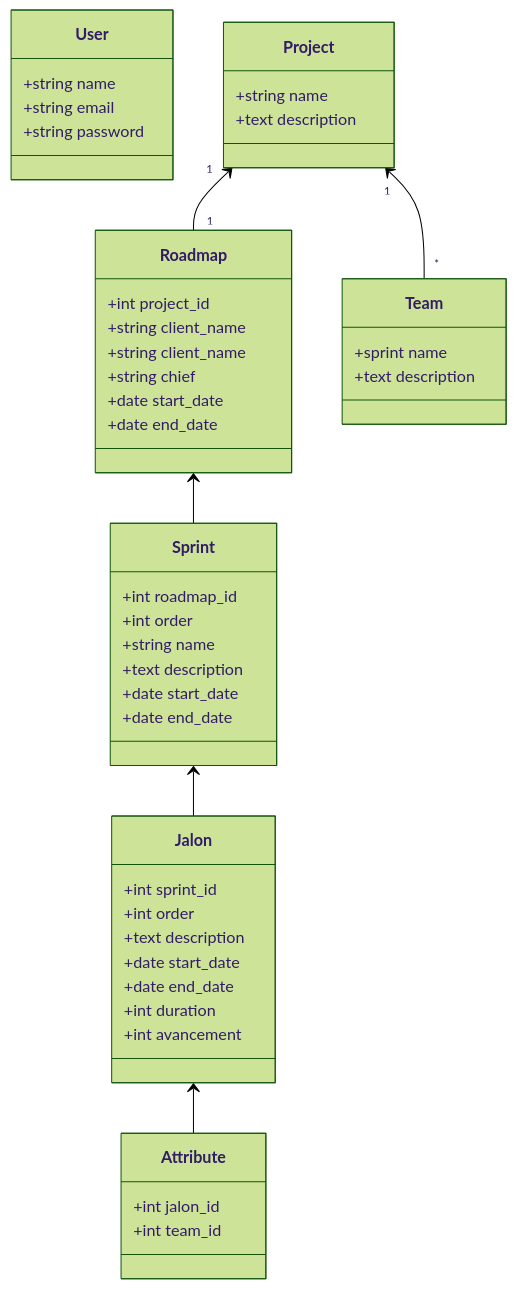
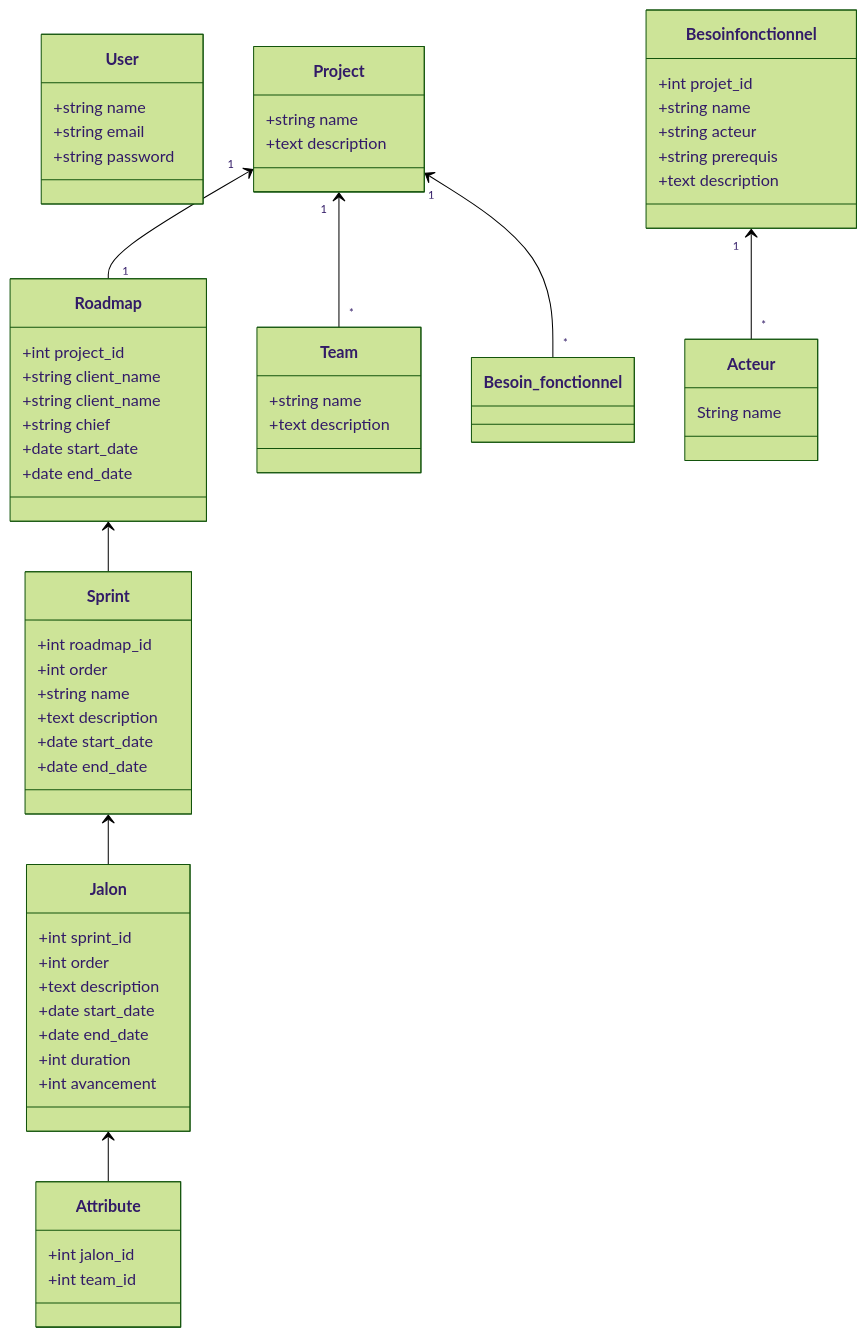
One commit to desmond8500/Devtools changed the diagram in public/docs/class_diagram.md. Above: the diagram before and after it, drawn with Mermaid (forest theme). The commit also changed 6 other files, not shown here.

````diff
--- a/public/docs/class_diagram.md
+++ b/public/docs/class_diagram.md
@@ -3,60 +3,78 @@
 ```mermaid
 classDiagram
 
 class User{
     +string name
     +string email
     +string password
 }
 
 
+
 class Project{
     +string name
     +text description
 }
+
 Project "1" <-- "1" Roadmap
 Project "1" <-- "*" Team
+Project "1" <-- "*" Besoin_fonctionnel
+
+
+class Besoinfonctionnel{
+    +int projet_id
+    +string name
+    +string acteur
+    +string prerequis
+    +text description
+}
+
+Besoinfonctionnel "1" <-- "*" Acteur
+
+class Acteur{
+    String name
+}
 
 class Roadmap{
     +int project_id
     +string client_name
     +string client_name
     +string chief
     +date start_date
     +date end_date
 }
 Roadmap <-- Sprint
 
 class Sprint{
     +int roadmap_id
     +int order
     +string name
     +text description
     +date start_date
     +date end_date
 }
 Sprint <-- Jalon
 
 class Jalon{
     +int sprint_id
     +int order
     +text description
     +date start_date
     +date end_date
     +int duration
     +int avancement
 }
 Jalon <-- Attribute
 
 class Team{
-    +sprint name
+    +string name
     +text description
 }
 
 class Attribute{
     +int jalon_id
     +int team_id
 }
 
 
 ```
````
